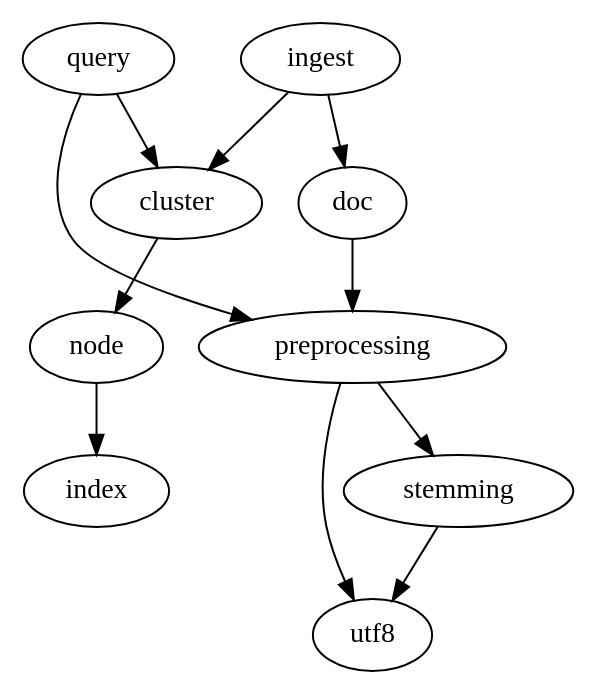
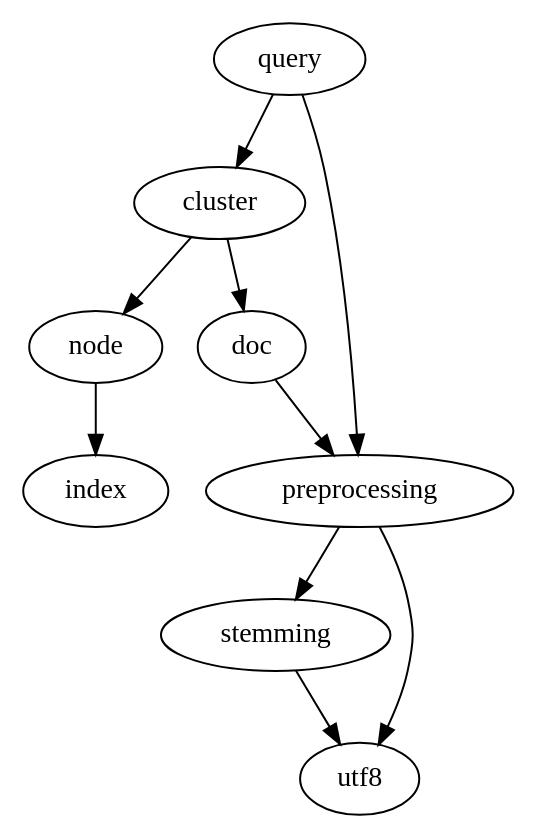
The diagram in doc/apps-dependencies.dot (moretea/doko), drawn with Graphviz before and after one commit. The commit also changed 7 other files, not shown here.

```diff
--- a/doc/apps-dependencies.dot
+++ b/doc/apps-dependencies.dot
@@ -1,12 +1,11 @@
 digraph g {
+        cluster       -> doc;
         cluster       -> "node";
         doc           -> preprocessing;
-        ingest        -> doc;
-        ingest        -> cluster;
         "node"        -> index;
         preprocessing -> stemming;
         preprocessing -> utf8;
         query         -> cluster;
         query         -> preprocessing;
         stemming      -> utf8;
 }
```
